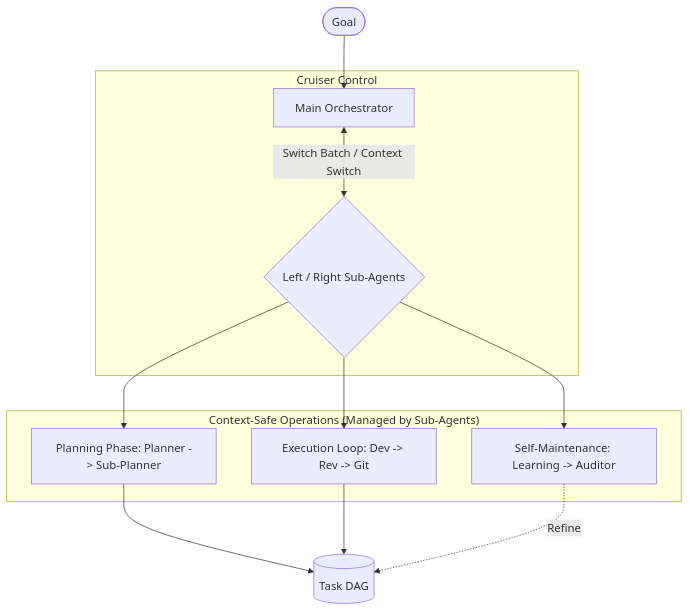
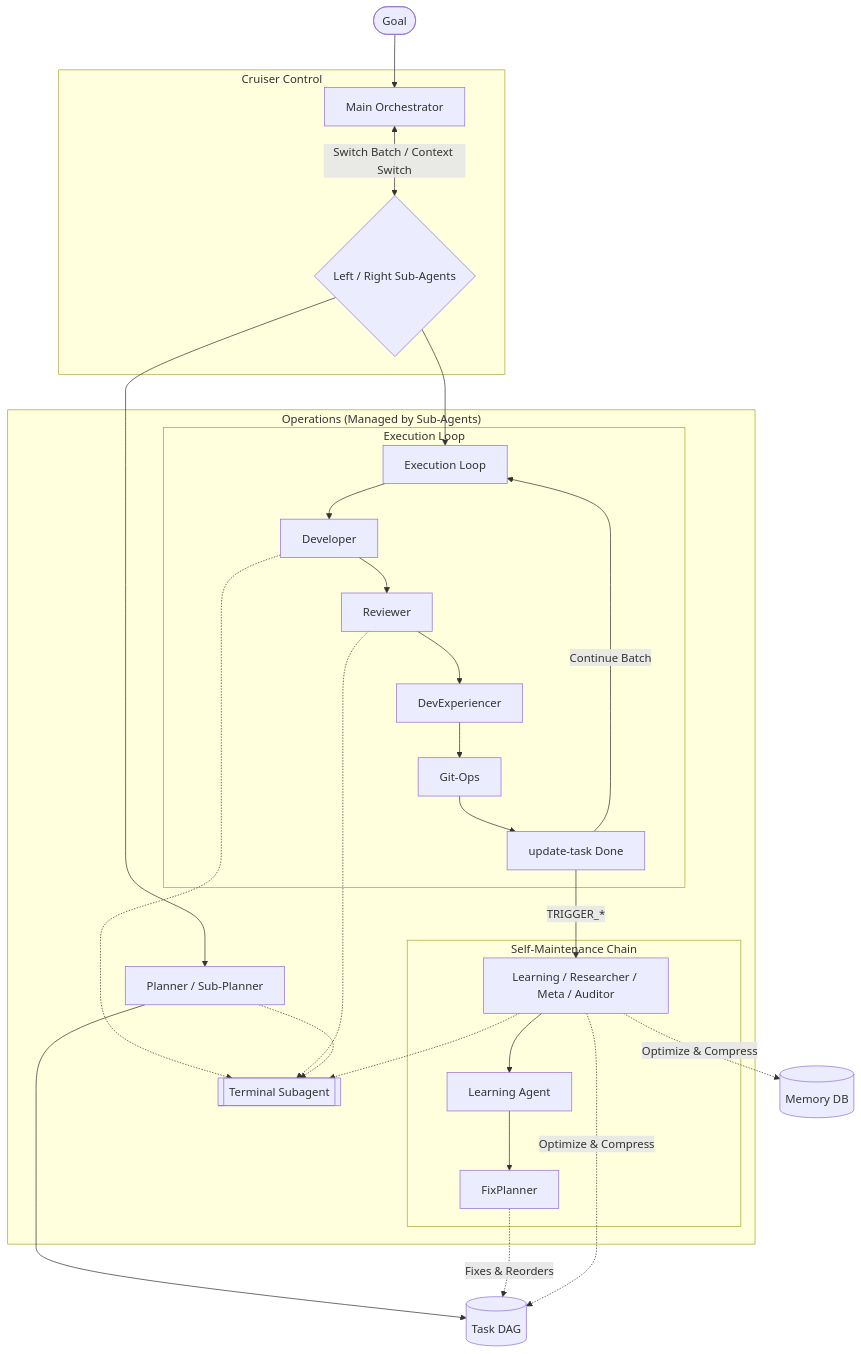
Before and after one commit to budagov/DreamTeam: the diagram in README.md, drawn with Mermaid.

Commit message:
docs: comprehensive mermaid diagram with FixPlanner and Terminal

````diff
--- a/README.md
+++ b/README.md
@@ -22,18 +22,32 @@
 ```mermaid
 graph TD
     User([Goal]) --> Main[Main Orchestrator]
 
     subgraph "Cruiser Control"
         Main <--> |Switch Batch / Context Switch| LR{Left / Right Sub-Agents}
     end
 
-    subgraph "Context-Safe Operations (Managed by Sub-Agents)"
-        LR --> Planning[Planning Phase: Planner -> Sub-Planner]
-        LR --> Execution[Execution Loop: Dev -> Rev -> Git]
-        LR --> Maintenance[Self-Maintenance: Learning -> Auditor]
+    subgraph "Operations (Managed by Sub-Agents)"
+        LR --> WorkerP[Planner / Sub-Planner]
+        LR --> Loop[Execution Loop]
+        
+        subgraph "Execution Loop"
+            Loop --> Dev[Developer] --> Rev[Reviewer]
+            Rev --> Exp[DevExperiencer] --> Git[Git-Ops]
+            Git --> Done[update-task Done]
+            Done -->|Continue Batch| Loop
+        end
+        
+        subgraph "Self-Maintenance Chain"
+            Done -->|TRIGGER_*| Maintenance[Learning / Researcher / Meta / Auditor]
+            Maintenance --> Learn[Learning Agent] --> Fix[FixPlanner]
+        end
+
+        %% Tool Usage
+        Dev & Rev & WorkerP & Maintenance -.-> Term[[Terminal Subagent]]
     end
     
-    Planning --> DAG[(Task DAG)]
-    Execution --> DAG
-    Maintenance -.->|Refine| DAG
+    WorkerP --> DAG[(Task DAG)]
+    Fix -.->|Fixes & Reorders| DAG
+    Maintenance -.->|Optimize & Compress| DAG & Memory[(Memory DB)]
 ```
````
